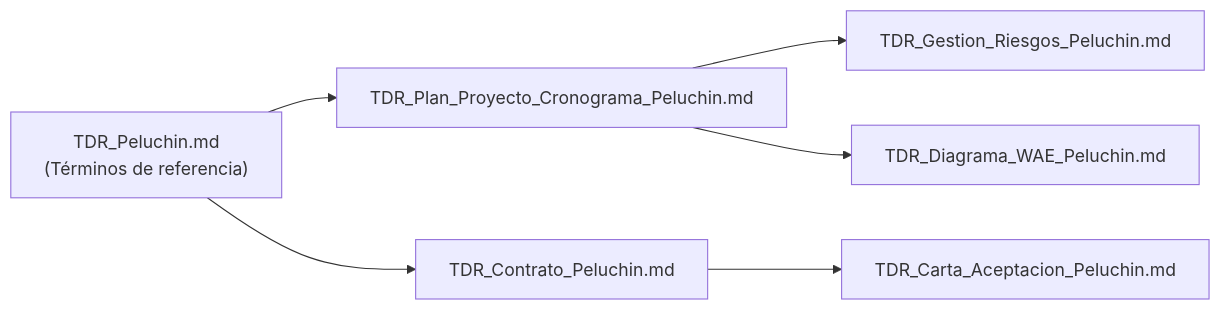
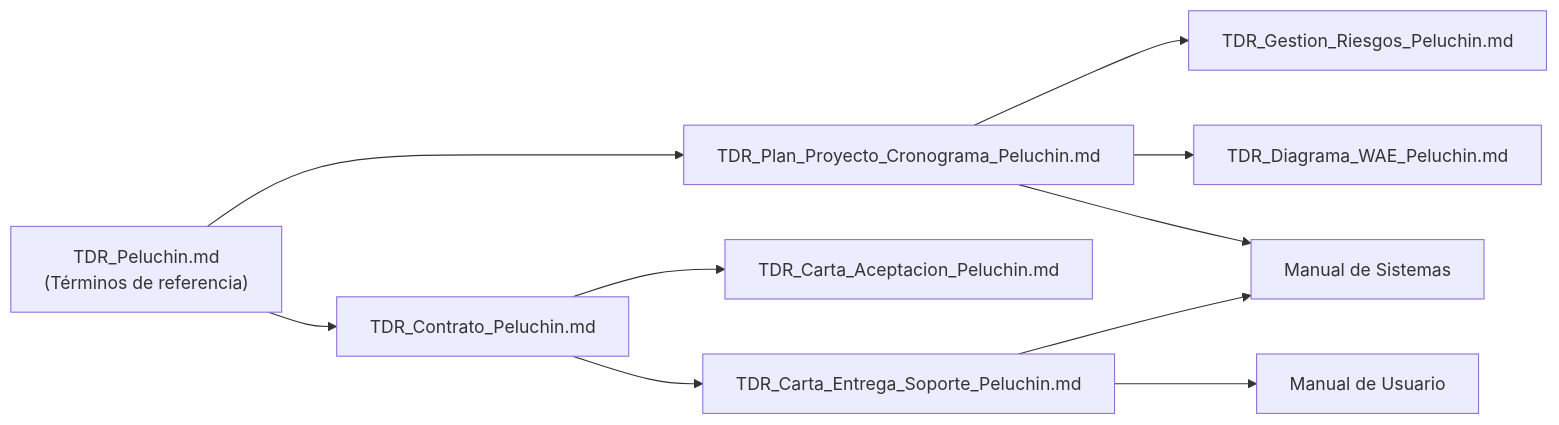
One commit to TrynaFindMimi/gestion-proyectos changed the diagram in docs/README.md. Above: the diagram before and after it, drawn with Mermaid. The commit also changed other lines of this file and 3 other files, not shown here.

Commit message:
Correccion y limpieza de manual de usuario y carta de entrega

````diff
--- a/docs/README.md
+++ b/docs/README.md
@@ -35,8 +45,12 @@
 ```mermaid
 flowchart LR
     TDR["TDR_Peluchin.md<br/>(Términos de referencia)"] --> PLAN["TDR_Plan_Proyecto_Cronograma_Peluchin.md"]
     PLAN --> RIESGO["TDR_Gestion_Riesgos_Peluchin.md"]
     TDR --> CONTRATO["TDR_Contrato_Peluchin.md"]
     CONTRATO --> CARTA["TDR_Carta_Aceptacion_Peluchin.md"]
+    CONTRATO --> ENTREGA["TDR_Carta_Entrega_Soporte_Peluchin.md"]
     PLAN --> WAE["TDR_Diagrama_WAE_Peluchin.md"]
+    PLAN --> SISTEMAS["Manual de Sistemas"]
+    ENTREGA --> SISTEMAS
+    ENTREGA --> USUARIO["Manual de Usuario"]
 ```
````
